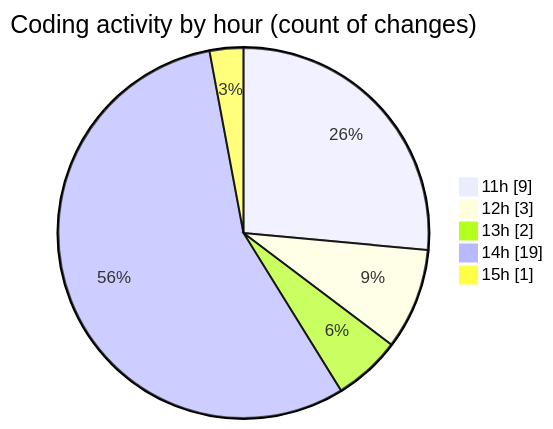
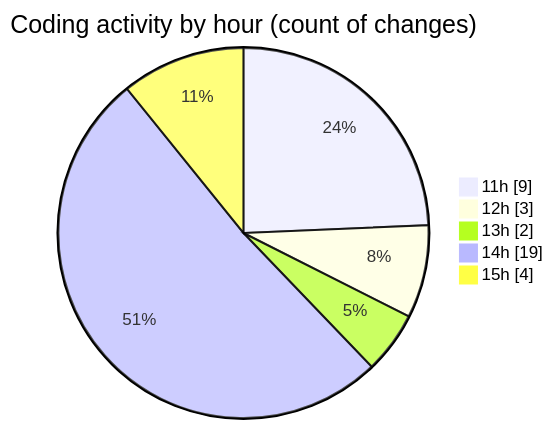
One commit to CELIANVF/code-tracking changed the second of 2 diagrams in 2025-01-21/monteur_automatique/README.md. Above: the diagram before and after it, drawn with Mermaid. The commit also changed other lines of this file and 1 other file, not shown here.

````diff
--- a/2025-01-21/monteur_automatique/README.md
+++ b/2025-01-21/monteur_automatique/README.md
@@ -32,9 +32,9 @@
 ```mermaid
 pie showData
 title Coding activity by hour (count of changes)
 "11h" : 9
 "12h" : 3
 "13h" : 2
 "14h" : 19
-"15h" : 1
+"15h" : 4
 ```
````
